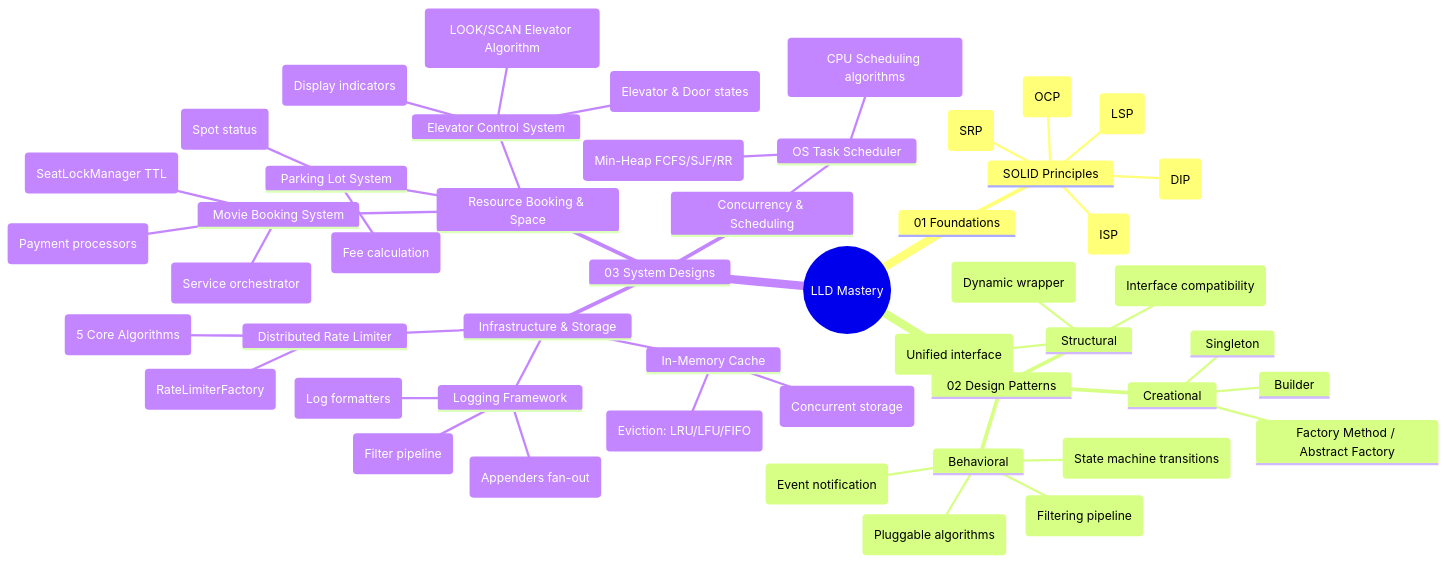
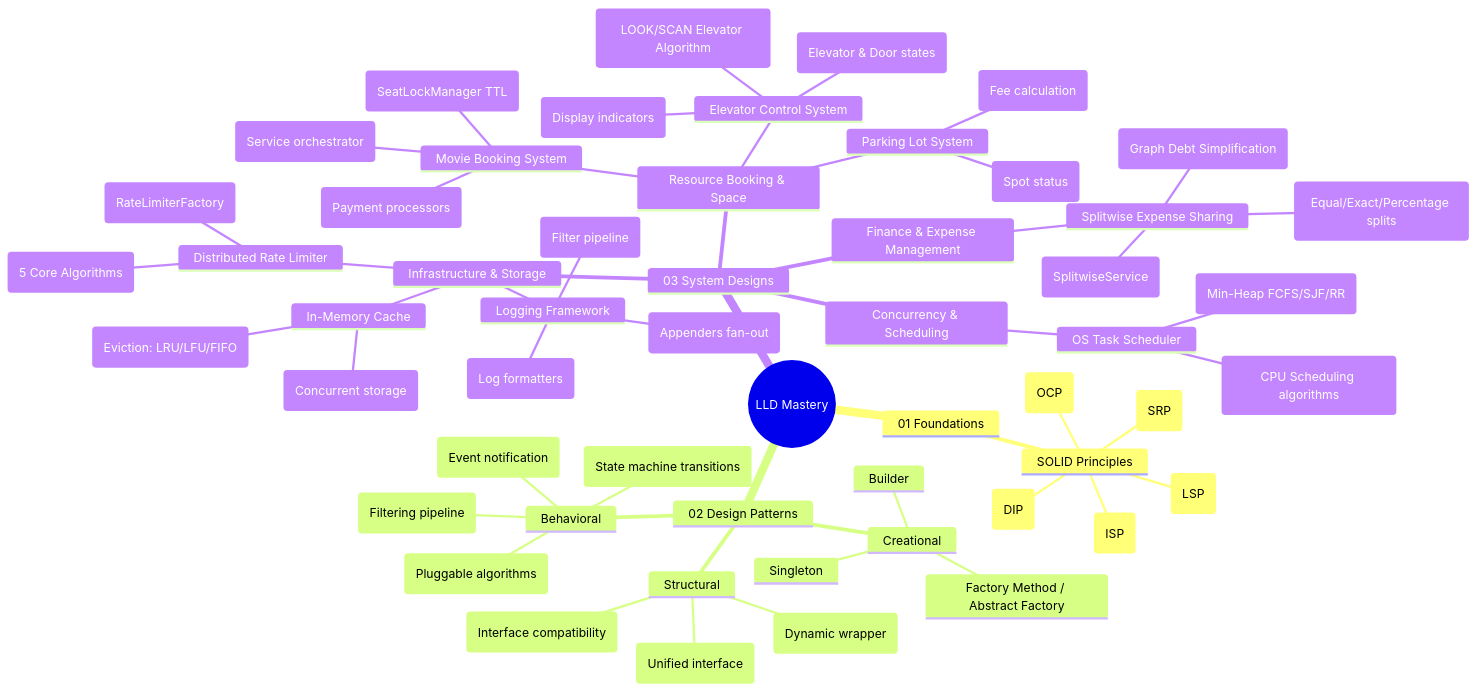
The diagram in lld/00_LLD_MindMap.md (chauhankartik/private-2026), drawn with Mermaid before and after one commit. The commit also changed other lines of this file and 8 other files, not shown here.

Commit message:
Add Splitwise Expense Sharing LLD module with Min Cash Flow debt simplification

````diff
--- a/lld/00_LLD_MindMap.md
+++ b/lld/00_LLD_MindMap.md
@@ -9,53 +9,58 @@
 ```mermaid
 mindmap
   root((LLD Mastery))
     01 Foundations
       SOLID Principles
         Single Responsibility (SRP)
         Open/Closed (OCP)
         Liskov Substitution (LSP)
         Interface Segregation (ISP)
         Dependency Inversion (DIP)
     02 Design Patterns
       Creational
         Singleton
         Factory Method / Abstract Factory
         Builder
       Structural
         Decorator (Dynamic wrapper)
         Facade (Unified interface)
         Adapter (Interface compatibility)
       Behavioral
         Observer (Event notification)
         State (State machine transitions)
         Strategy (Pluggable algorithms)
         Chain of Responsibility (Filtering pipeline)
     03 System Designs
       Infrastructure & Storage
         Logging Framework
           Chain of Responsibility (Filter pipeline)
           Strategy (Log formatters)
           Observer (Appenders fan-out)
         In-Memory Cache
           Strategy (Eviction: LRU/LFU/FIFO)
           ReadWriteLock (Concurrent storage)
         Distributed Rate Limiter
           Strategy (5 Core Algorithms)
           Factory (RateLimiterFactory)
       Resource Booking & Space
         Parking Lot System
           Strategy (Fee calculation)
           State (Spot status)
         Movie Booking System
           Facade (Service orchestrator)
           ReentrantLock (SeatLockManager TTL)
           Factory (Payment processors)
         Elevator Control System
           State (Elevator & Door states)
           Strategy (LOOK/SCAN Elevator Algorithm)
           Observer (Display indicators)
+      Finance & Expense Management
+        Splitwise Expense Sharing
+          Strategy (Equal/Exact/Percentage splits)
+          Min Cash Flow (Graph Debt Simplification)
+          Facade (SplitwiseService)
       Concurrency & Scheduling
         OS Task Scheduler
           PriorityQueue (Min-Heap FCFS/SJF/RR)
           Strategy (CPU Scheduling algorithms)
 ```
````
